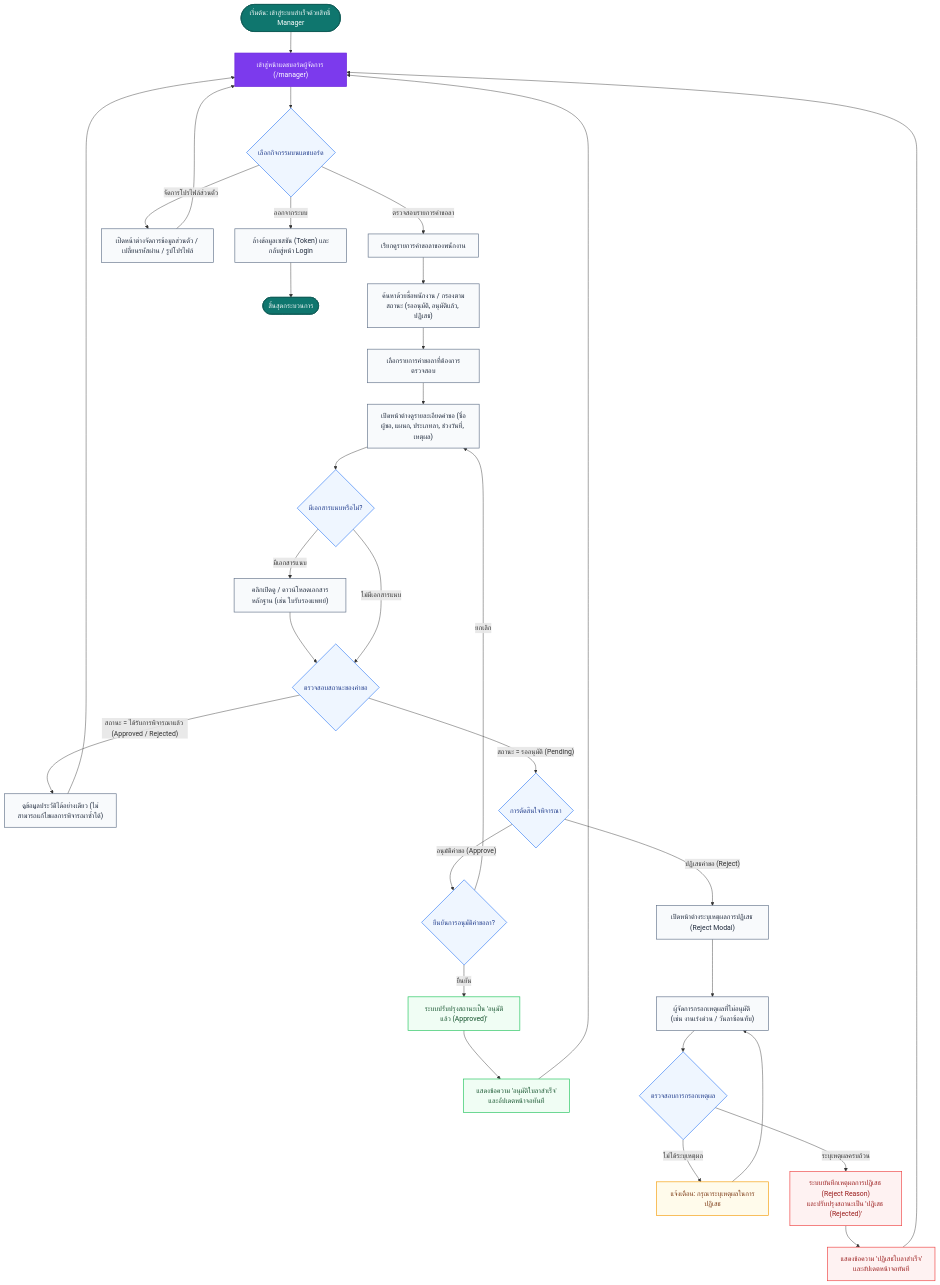
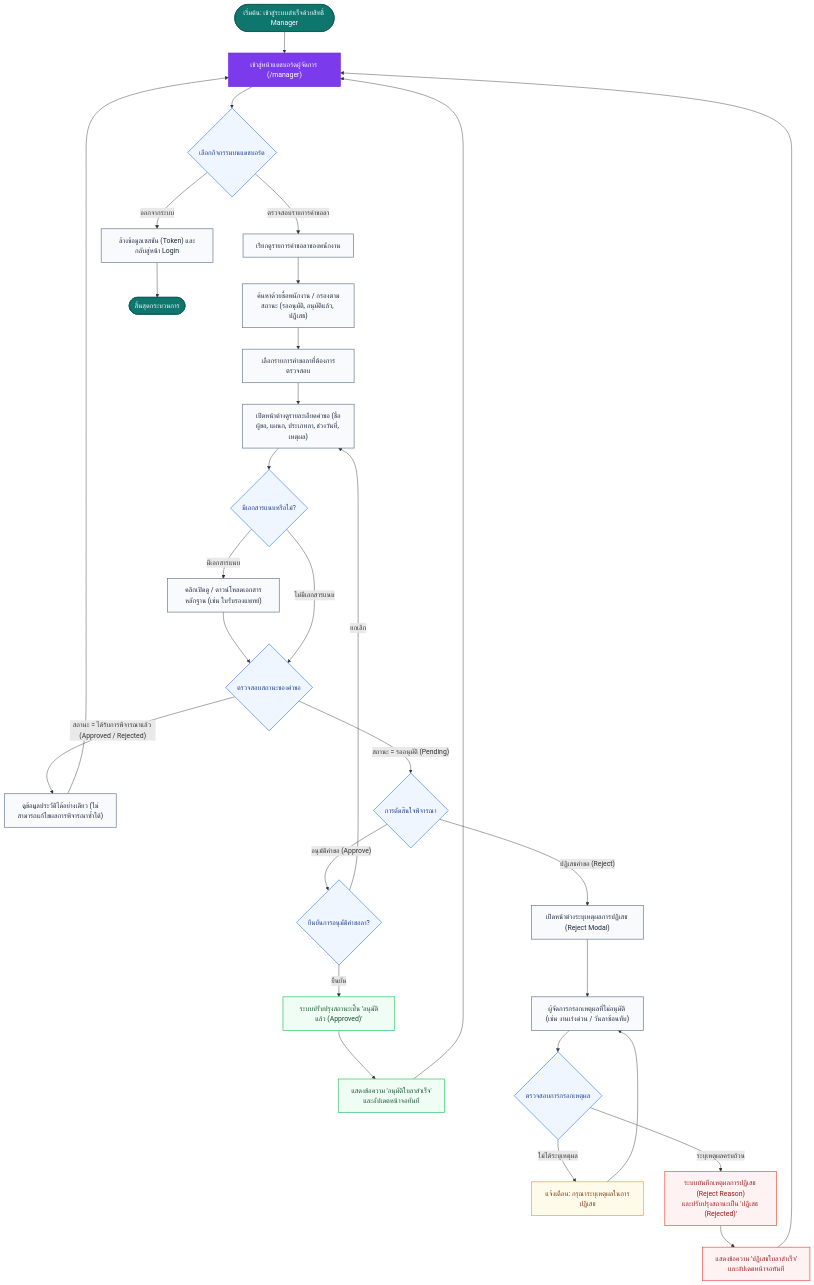
Before and after one commit to CoCoa-luck-hat/Eleave-DevOps: the diagram in docs/4-user-level-2-flow.md, drawn with Mermaid. The commit also changed 27 other files, not shown here.

````diff
--- a/docs/4-user-level-2-flow.md
+++ b/docs/4-user-level-2-flow.md
@@ -9,55 +9,54 @@
 ```mermaid
 flowchart TD
     Start(["เริ่มต้น: เข้าสู่ระบบสำเร็จด้วยสิทธิ์ Manager"]) --> ManagerDashboard["เข้าสู่หน้าแดชบอร์ดผู้จัดการ (/manager)"]
     
     ManagerDashboard --> DashboardActions{"เลือกกิจกรรมบนแดชบอร์ด"}
     
     %% การค้นหาและตรวจสอบรายการ
     DashboardActions -- "ตรวจสอบรายการคำขอลา" --> BrowseRequests["เรียกดูรายการคำขอลาของพนักงาน"]
     BrowseRequests --> FilterSearch["ค้นหาด้วยชื่อพนักงาน / กรองตามสถานะ (รออนุมัติ, อนุมัติแล้ว, ปฏิเสธ)"]
     FilterSearch --> SelectRequest["เลือกรายการคำขอลาที่ต้องการตรวจสอบ"]
     
     SelectRequest --> ViewDetail["เปิดหน้าต่างดูรายละเอียดคำขอ (ชื่อผู้ขอ, แผนก, ประเภทลา, ช่วงวันที่, เหตุผล)"]
     ViewDetail --> CheckAttachment{"มีเอกสารแนบหรือไม่?"}
     CheckAttachment -- "มีเอกสารแนบ" --> InspectFile["คลิกเปิดดู / ดาวน์โหลดเอกสารหลักฐาน (เช่น ใบรับรองแพทย์)"] --> CheckStatus
     CheckAttachment -- "ไม่มีเอกสารแนบ" --> CheckStatus{"ตรวจสอบสถานะของคำขอ"}
     
     %% การพิจารณาอนุมัติ / ปฏิเสธ
     CheckStatus -- "สถานะ = ได้รับการพิจารณาแล้ว (Approved / Rejected)" --> ViewOnly["ดูข้อมูลประวัติได้อย่างเดียว (ไม่สามารถแก้ไขผลการพิจารณาซ้ำได้)"] --> ManagerDashboard
     CheckStatus -- "สถานะ = รออนุมัติ (Pending)" --> DecideAction{"การตัดสินใจพิจารณา"}
     
     %% กรณีอนุมัติ
     DecideAction -- "อนุมัติคำขอ (Approve)" --> ConfirmApprove{"ยืนยันการอนุมัติคำขอลา?"}
     ConfirmApprove -- "ยืนยัน" --> ProcessApprove["ระบบปรับปรุงสถานะเป็น 'อนุมัติแล้ว (Approved)'"]
     ConfirmApprove -- "ยกเลิก" --> ViewDetail
     ProcessApprove --> SuccessApprove["แสดงข้อความ 'อนุมัติใบลาสำเร็จ'<br/>และอัปเดตหน้าจอทันที"] --> ManagerDashboard
     
     %% กรณีปฏิเสธ
     DecideAction -- "ปฏิเสธคำขอ (Reject)" --> OpenRejectModal["เปิดหน้าต่างระบุเหตุผลการปฏิเสธ (Reject Modal)"]
     OpenRejectModal --> InputRejectReason["ผู้จัดการกรอกเหตุผลที่ไม่อนุมัติ (เช่น งานเร่งด่วน / วันลาซ้อนทับ)"]
     InputRejectReason --> ValidateReason{"ตรวจสอบการกรอกเหตุผล"}
     ValidateReason -- "ไม่ได้ระบุเหตุผล" --> ShowReasonWarning["แจ้งเตือน: กรุณาระบุเหตุผลในการปฏิเสธ"] --> InputRejectReason
     ValidateReason -- "ระบุเหตุผลครบถ้วน" --> ProcessReject["ระบบบันทึกเหตุผลการปฏิเสธ (Reject Reason)<br/>และปรับปรุงสถานะเป็น 'ปฏิเสธ (Rejected)'"]
     ProcessReject --> SuccessReject["แสดงข้อความ 'ปฏิเสธใบลาสำเร็จ'<br/>และอัปเดตหน้าจอทันที"] --> ManagerDashboard
 
-    %% การจัดการส่วนตัวและออกจากระบบ
-    DashboardActions -- "จัดการโปรไฟล์ส่วนตัว" --> ProfileModal["เปิดหน้าต่างจัดการข้อมูลส่วนตัว / เปลี่ยนรหัสผ่าน / รูปโปรไฟล์"] --> ManagerDashboard
+    %% การออกจากระบบ
     DashboardActions -- "ออกจากระบบ" --> Logout["ล้างข้อมูลเซสชัน (Token) และกลับสู่หน้า Login"]
     Logout --> End(["สิ้นสุดกระบวนการ"])
 
     classDef startEnd fill:#0f766e,stroke:#115e59,stroke-width:2px,color:#ffffff;
     classDef mainNode fill:#7c3aed,stroke:#6d28d9,stroke-width:1.5px,color:#ffffff;
     classDef decision fill:#eff6ff,stroke:#3b82f6,stroke-width:1.5px,color:#1e3a8a;
     classDef actionNode fill:#f8fafc,stroke:#64748b,stroke-width:1.5px,color:#1e293b;
     classDef approveNode fill:#f0fdf4,stroke:#22c55e,stroke-width:1.5px,color:#14532d;
     classDef rejectNode fill:#fef2f2,stroke:#ef4444,stroke-width:1.5px,color:#991b1b;
     classDef warningNode fill:#fffbeb,stroke:#f59e0b,stroke-width:1.5px,color:#78350f;
 
     class Start,End startEnd;
     class ManagerDashboard mainNode;
     class DashboardActions,CheckAttachment,CheckStatus,DecideAction,ConfirmApprove,ValidateReason decision;
-    class BrowseRequests,FilterSearch,SelectRequest,ViewDetail,InspectFile,ViewOnly,OpenRejectModal,InputRejectReason,ProfileModal,Logout actionNode;
+    class BrowseRequests,FilterSearch,SelectRequest,ViewDetail,InspectFile,ViewOnly,OpenRejectModal,InputRejectReason,Logout actionNode;
     class ProcessApprove,SuccessApprove approveNode;
     class ProcessReject,SuccessReject rejectNode;
     class ShowReasonWarning warningNode;
 ```
````
